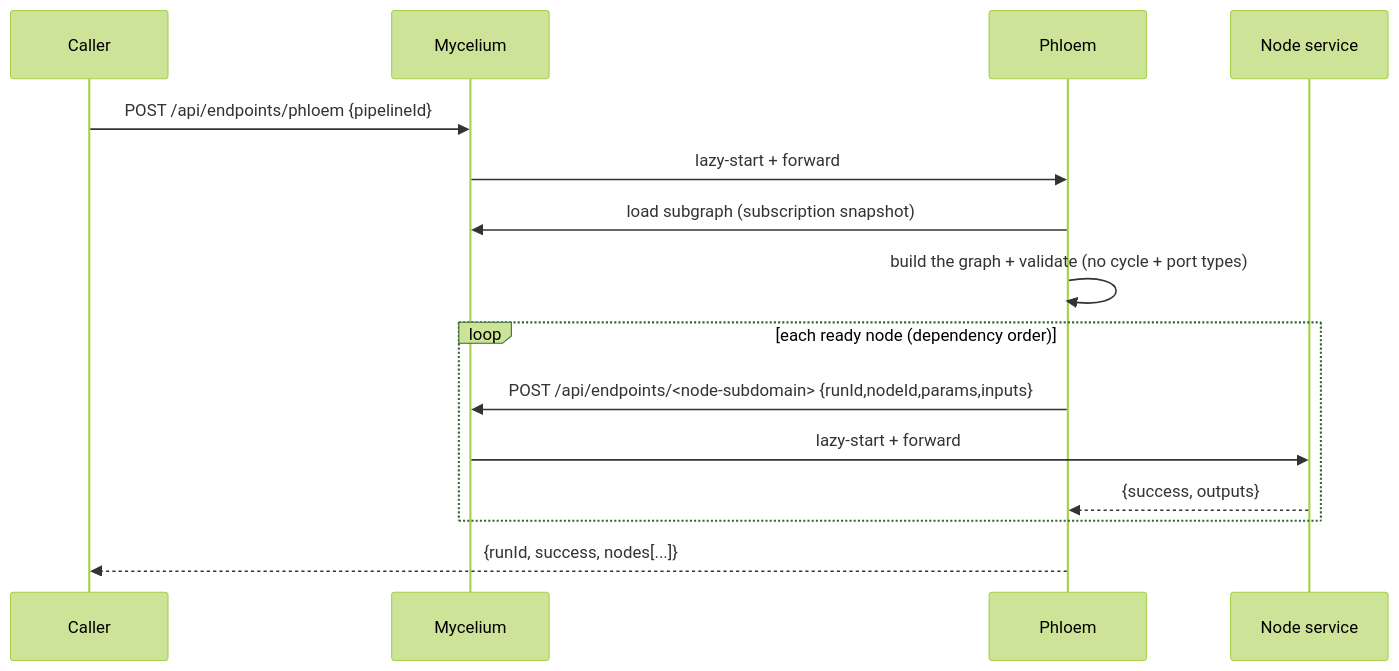
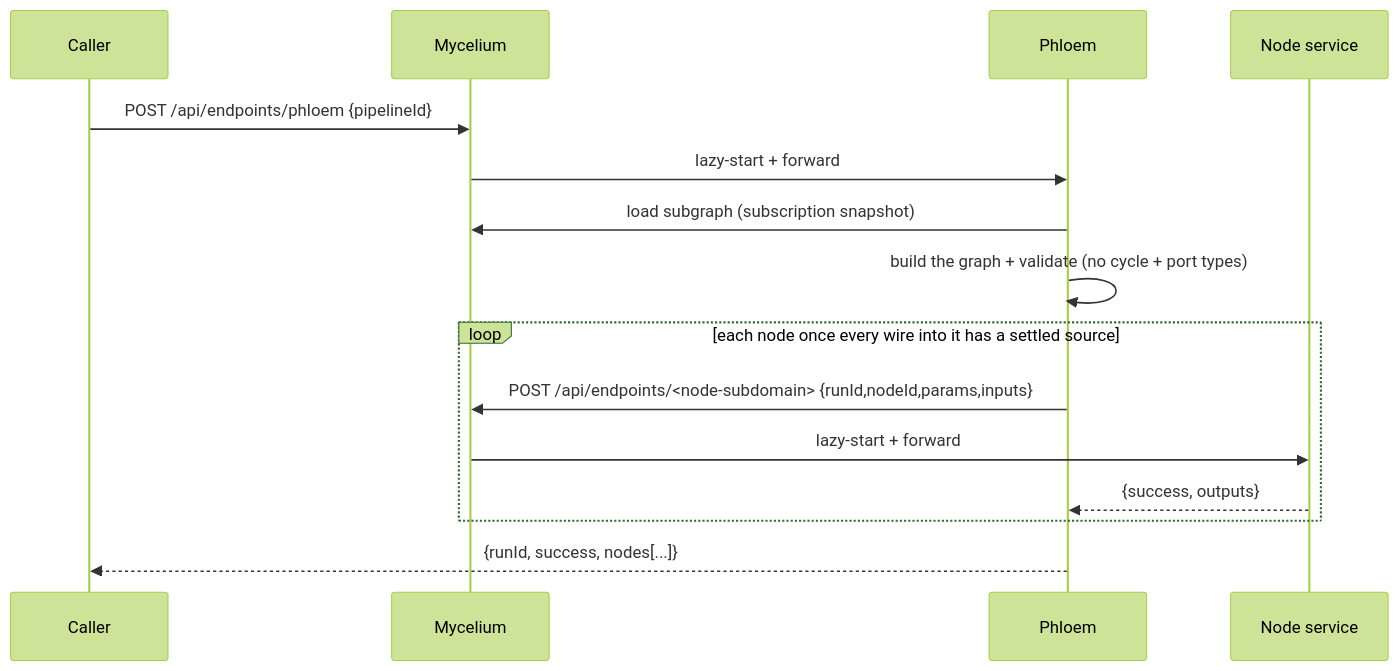
The third of 3 diagrams in docs/SERVICES.md (ReGen-Villages/VillageOS-API), drawn with Mermaid (forest theme) before and after one commit. The commit also changed other lines of this file and 16 other files, not shown here.

````diff
--- a/docs/SERVICES.md
+++ b/docs/SERVICES.md
@@ -1278,17 +1303,17 @@
 ```mermaid
 sequenceDiagram
   participant Caller
   participant Mycelium
   participant Phloem
   participant Node as Node service
   Caller->>Mycelium: POST /api/endpoints/phloem {pipelineId}
   Mycelium->>Phloem: lazy-start + forward
   Phloem->>Mycelium: load subgraph (subscription snapshot)
   Phloem->>Phloem: build the graph + validate (no cycle + port types)
-  loop each ready node (dependency order)
+  loop each node once every wire into it has a settled source
     Phloem->>Mycelium: POST /api/endpoints/<node-subdomain> {runId,nodeId,params,inputs}
     Mycelium->>Node: lazy-start + forward
     Node-->>Phloem: {success, outputs}
   end
   Phloem-->>Caller: {runId, success, nodes[...]}
 ```
````
